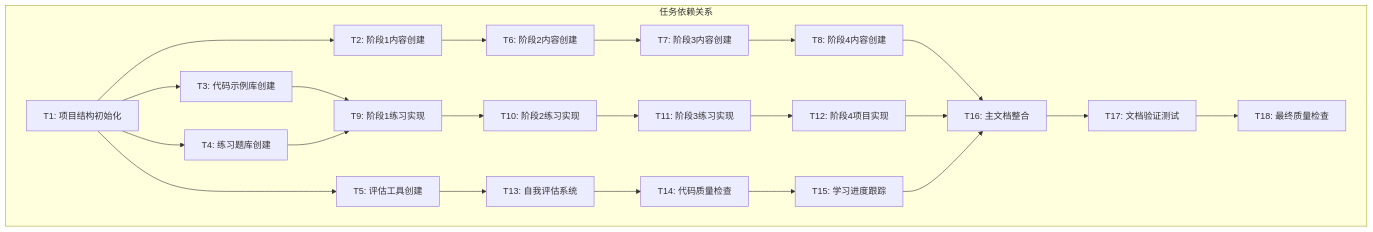
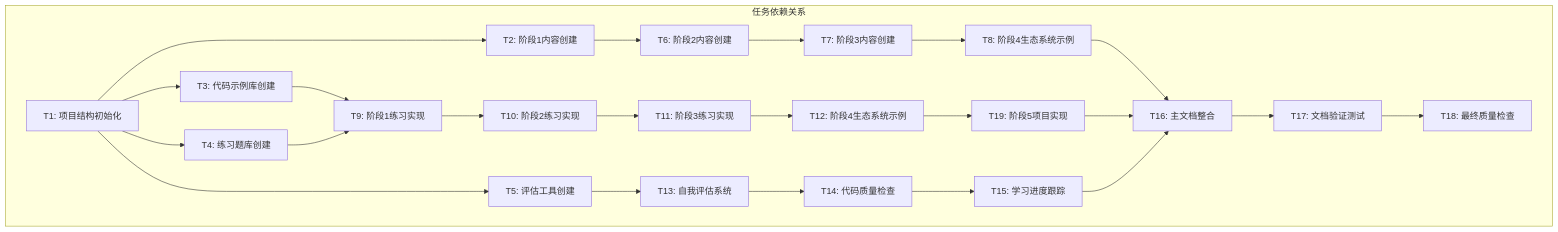
One commit to lgon528/rust-learning changed the diagram in docs/rust-learning-plan/TASK_rust-learning-plan.md. Above: the diagram before and after it, drawn with Mermaid. The commit also changed other lines of this file and 147 other files, not shown here.

````diff
--- a/docs/rust-learning-plan/TASK_rust-learning-plan.md
+++ b/docs/rust-learning-plan/TASK_rust-learning-plan.md
@@ -9,30 +9,31 @@
 ```mermaid
 graph TD
     subgraph "任务依赖关系"
         A["T1: 项目结构初始化"] --> B["T2: 阶段1内容创建"]
         A --> C["T3: 代码示例库创建"]
         A --> D["T4: 练习题库创建"]
         A --> E["T5: 评估工具创建"]
         
         B --> F["T6: 阶段2内容创建"]
         F --> G["T7: 阶段3内容创建"]
-        G --> H["T8: 阶段4内容创建"]
+        G --> H["T8: 阶段4生态系统示例"]
         
         C --> I["T9: 阶段1练习实现"]
         D --> I
         I --> J["T10: 阶段2练习实现"]
         J --> K["T11: 阶段3练习实现"]
-        K --> L["T12: 阶段4项目实现"]
+        K --> L["T12: 阶段4生态系统示例"]
         
         E --> M["T13: 自我评估系统"]
         M --> N["T14: 代码质量检查"]
         N --> O["T15: 学习进度跟踪"]
         
         H --> P["T16: 主文档整合"]
-        L --> P
+        L --> S["T19: 阶段5项目实现"]
+        S --> P
         O --> P
         
         P --> Q["T17: 文档验证测试"]
         Q --> R["T18: 最终质量检查"]
     end
 ```
````
